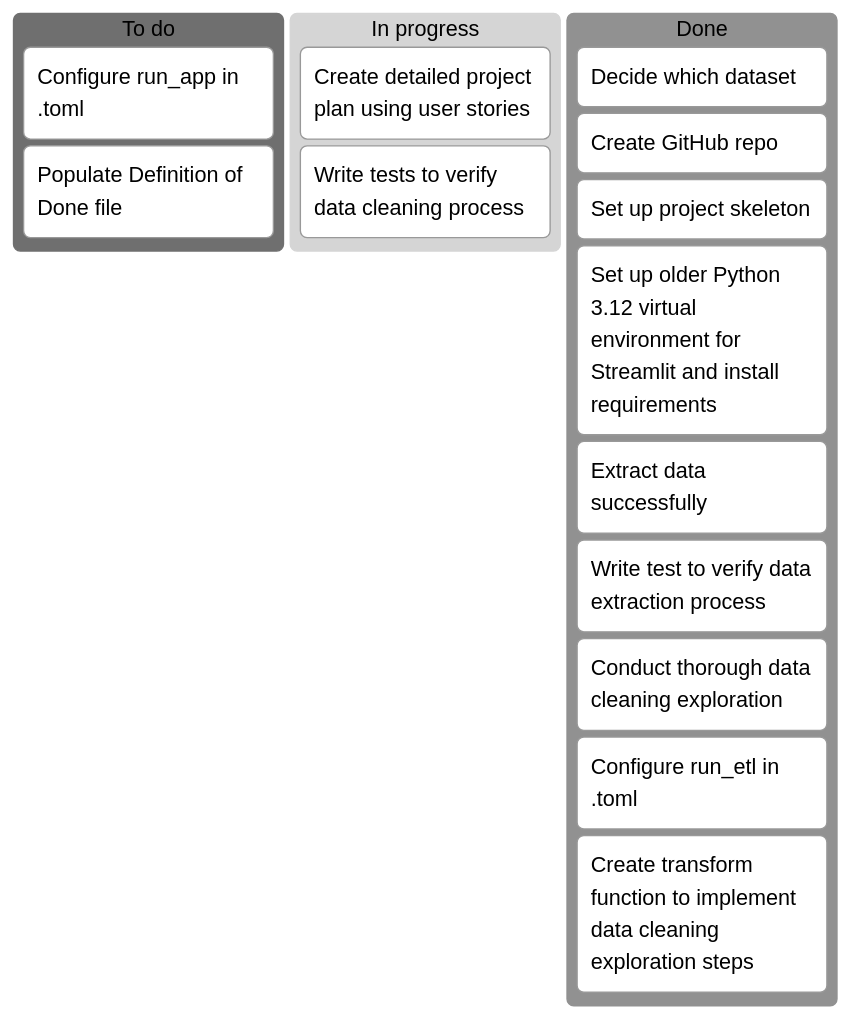
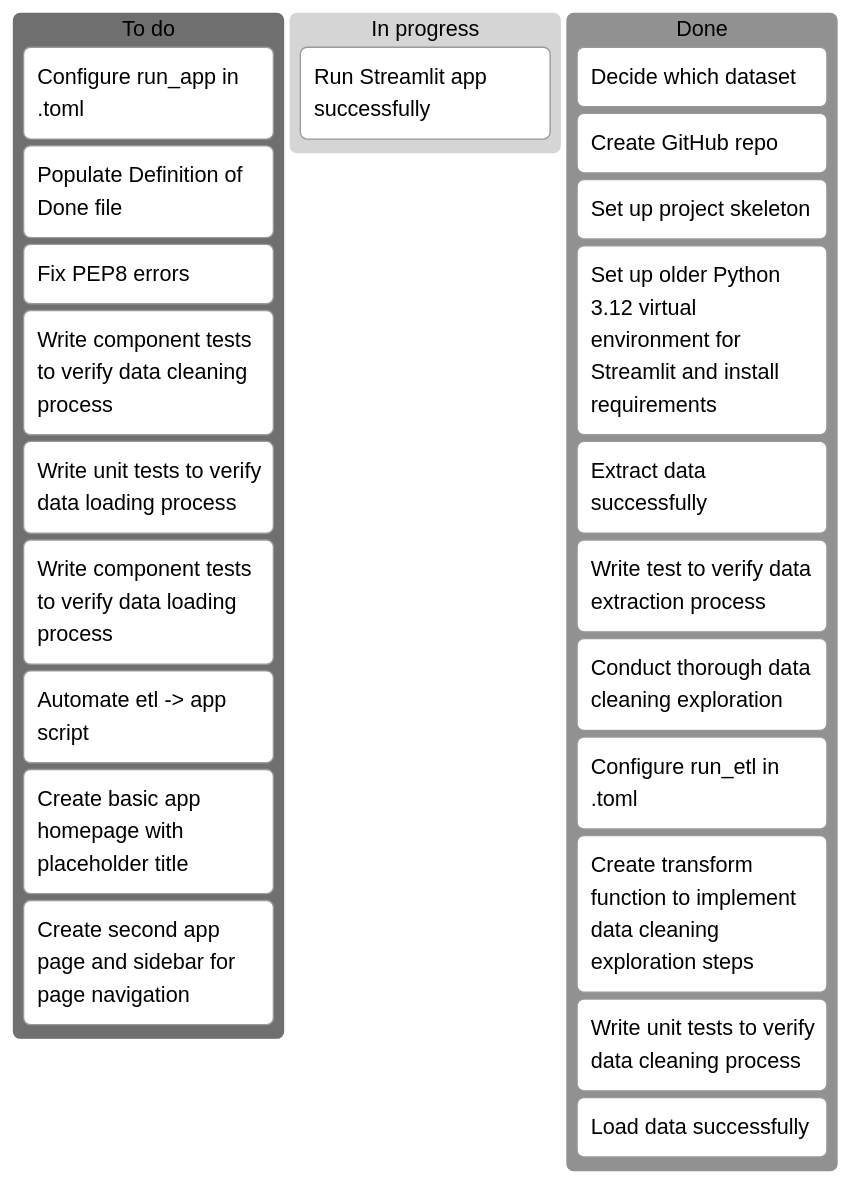
One commit to RonanD10/capstone-project changed the first of 2 diagrams in docs/kanban.md. Above: the diagram before and after it, drawn with Mermaid (neutral theme). The commit also changed 13 other files, not shown here.

Commit message:
Added Streamlit app with script

````diff
--- a/docs/kanban.md
+++ b/docs/kanban.md
@@ -3,22 +3,30 @@
 ```mermaid
 kanban
     To do
         Configure run_app in .toml
         Populate Definition of Done file
+        Fix PEP8 errors
+        Write component tests to verify data cleaning process 
+        Write unit tests to verify data loading process 
+        Write component tests to verify data loading process 
+        Automate etl -> app script
+        Create basic app homepage with placeholder title
+        Create second app page and sidebar for page navigation
 
     In progress
-        Create detailed project plan using user stories
-        Write tests to verify data cleaning process 
+        Run Streamlit app successfully
 
     Done
         Decide which dataset
         Create GitHub repo 
         Set up project skeleton
         Set up older Python 3.12 virtual environment for Streamlit and install requirements
         Extract data successfully
         Write test to verify data extraction process
         Conduct thorough data cleaning exploration
         Configure run_etl in .toml
         Create transform function to implement data cleaning exploration steps
+        Write unit tests to verify data cleaning process 
+        Load data successfully
         
 ```
````
